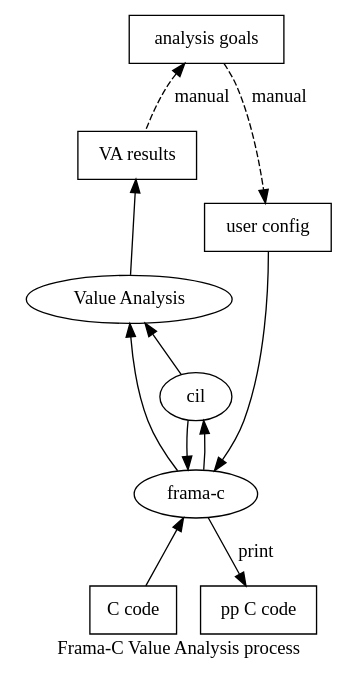
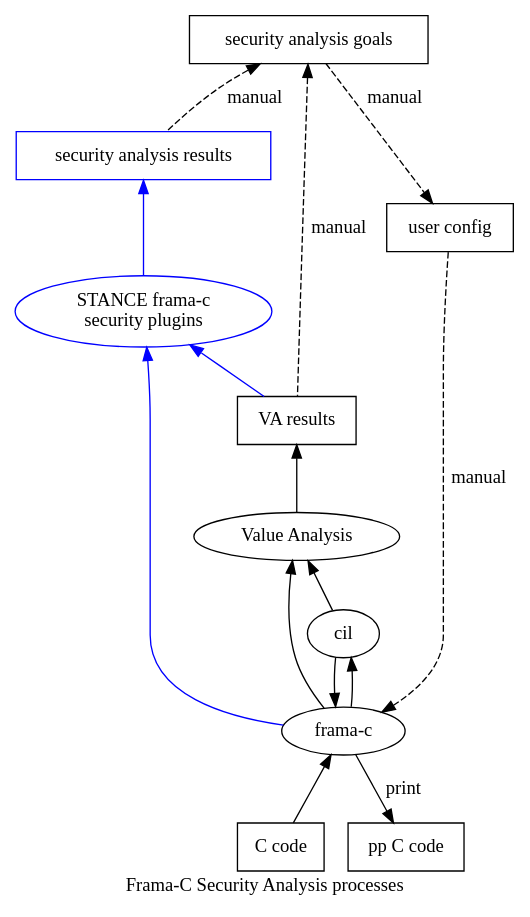
One commit to hbalp/callers changed the ninth of 9 diagrams in doc/callers.org. Above: the diagram before and after it, drawn with Graphviz. The commit also changed other lines of this file, not shown here.

Commit message:
Cleaned some dot graph definitions and completed Frama-C security analysis big picture.

```diff
--- a/doc/callers.org
+++ b/doc/callers.org
@@ -618,15 +660,15 @@
-    #+BEGIN_SRC dot :tangle analysis.frama-c.gen.dot
-digraph "Frama-C Value Analysis process"
+    #+BEGIN_SRC dot :tangle analysis.frama-c.security.gen.dot
+digraph "Frama-C Security Analysis processes"
 {
 // title
 labelloc="b"
-label="Frama-C Value Analysis process"
+label="Frama-C Security Analysis processes"
 
 // "scan-build" [ label="clang scan-build" ]
-// "scan-callers" [ label="STANCE scan-callers\nbash script", color=green ]
-// "cmake-callers" [ label="STANCE cmake-callers\nbash script", color=green ]
-// "scan-callers" -> "scan-build" [ label="extends", color=green ]
-// "scan-callers" -> "build commands" [ dir=back, color=green ]
+// "scan-callers" [ label="STANCE scan-callers\nbash script", color=blue ]
+// "cmake-callers" [ label="STANCE cmake-callers\nbash script", color=blue ]
+// "scan-callers" -> "scan-build" [ label="extends", color=blue ]
+// "scan-callers" -> "build commands" [ dir=back, color=blue ]
 
 // // user build
 // "user build" [ label="custom build\n(autoconf, cmake..)" ]
@@ -655,17 +697,17 @@
 // "cpp compiler" -> "object code"
 
 // // cmake build
-// "cmake-callers" -> "cmake build" [ color=green ]
+// "cmake-callers" -> "cmake build" [ color=blue ]
 // "compile_commands" [ label="compile_commands.json", shape=box ]
 // "cmake build" -> "cpp compiler"
 // "cmake build" -> "c compiler"
 // "cmake build" -> "compile_commands"
 
-// "cmake-callers" -> "compile_commands" [ dir=back, color=green ]
+// "cmake-callers" -> "compile_commands" [ dir=back, color=blue ]
 
 // // cmake callers analysis
-// "cmake-callers" -> "callers frontend" [ color=green ]
-// "cmake-callers" -> "callers++ frontend" [ color=green ]
+// "cmake-callers" -> "callers frontend" [ color=blue ]
+// "cmake-callers" -> "callers++ frontend" [ color=blue ]
 
 // // clang compilation
 // "clang object code" [ label="Clang/LLVM object code", shape="box" ]
@@ -710,33 +752,33 @@
 
 // // callers analysis
 // "metadata json file" [ label="Callers metadata\njson files" ]
-// "metadata json file" [ shape="box", color=green ]
+// "metadata json file" [ shape="box", color=blue ]
 
 // // callers C code analysis
-// "callers frontend" [ color=green, label="Callers frontend\n(C++)" ]
-// "callers frontend" -> "clang frontend" [ color=green ]
-// "callers frontend" -> "clang AST" [ dir=back, color=green ]
-// "callers frontend" -> "metadata json file" [ color=green ]
+// "callers frontend" [ color=blue, label="Callers frontend\n(C++)" ]
+// "callers frontend" -> "clang frontend" [ color=blue ]
+// "callers frontend" -> "clang AST" [ dir=back, color=blue ]
+// "callers frontend" -> "metadata json file" [ color=blue ]
 
 // // callers C++ code analysis
-// "callers++ frontend" [ color=green, label="Callers++ frontend\n(C++)" ]
-// "callers++ frontend" -> "clang++ frontend" [ color=green ]
-// "callers++ frontend" -> "clang AST" [ dir=back, color=green ]
-// "callers++ frontend" -> "metadata json file" [ color=green ]
+// "callers++ frontend" [ color=blue, label="Callers++ frontend\n(C++)" ]
+// "callers++ frontend" -> "clang++ frontend" [ color=blue ]
+// "callers++ frontend" -> "clang AST" [ dir=back, color=blue ]
+// "callers++ frontend" -> "metadata json file" [ color=blue ]
 
 // // callers backends
-// "analysis goals" [ label="analysis goals", shape=box, color=green ]
-// "user config" [ label="user analysis\nbash script", shape=box, color=green ]
-// "analysis goals" -> "user config" [ style=dashed, label=manual, color=green ]
-// "analysis goals" -> "function callgraphs" [ style=dashed, label="manual", dir=back, color=green ]
-// "function callgraphs" [ label="function callgraphs\n.dot files", shape=box, color=green ]
-// "callers backends" [ label="Callers backends\n(OCAML)", color="green" ]
-// "metadata json file" -> "callers backends" [ color=green ]
-// "user config" -> "callers backends" [ color=green ]
-// "callers backends" -> "function callgraphs" [ color=green ]
+// "analysis goals" [ label="analysis goals", shape=box, color=blue ]
+// "user config" [ label="user analysis\nbash script", shape=box, color=blue ]
+// "analysis goals" -> "user config" [ style=dashed, label=manual, color=blue ]
+// "analysis goals" -> "function callgraphs" [ style=dashed, label="manual", dir=back, color=blue ]
+// "function callgraphs" [ label="function callgraphs\n.dot files", shape=box, color=blue ]
+// "callers backends" [ label="Callers backends\n(OCAML)", color="blue" ]
+// "metadata json file" -> "callers backends" [ color=blue ]
+// "user config" -> "callers backends" [ color=blue ]
+// "callers backends" -> "function callgraphs" [ color=blue ]
 
 // // frama-c++
-// "scan-callers" -> "frama-c++" [ color=green ]
+// "scan-callers" -> "frama-c++" [ color=blue ]
 // "frama-c++" [ label="frama-c++", color=blue ]
 // "frama-c++" -> "clang++ frontend" [ color=blue ]
 // "frama-c++" -> "framaCIRGen" [ color=blue ]
@@ -744,7 +786,7 @@
 
 // // frama-clang analysis
 // //"scan-callers" -> "frama-clang"
-// "cmake-callers" -> "frama-clang" [ color=green ]
+// "cmake-callers" -> "frama-clang" [ color=blue ]
 // "frama-clang" [ label="frama-clang\n(OCAML)", color=blue ]
 // "framaCIRGen" [ label="framaCIRGen\n(C++)", color=blue ]
 // //"fir" [ label="Frama-C Intermediate\nRepresentation", shape=box ]
@@ -762,12 +804,12 @@
 // "cabs" -> "frama-c" [ color=blue ]
 // //"cabs" -> "frama-c" [ dir=back ]
 
-// // security analysis plugins
-// "scan-callers" -> "fc security plugins" [ color="blue" ]
-// "cmake-callers" -> "fc security plugins" [ color="blue" ]
-// "fc security plugins" [ label="STANCE frama-c\nsecurity plugins", color=blue ]
-// "fc security plugins" -> "VA" [ color=blue ]
-// "fc security plugins" -> "VA results" [ dir=back, color=blue ]
+// security analysis plugins
+"security analysis results" [ label="security analysis results" color=blue shape=box ]
+"fc security plugins" [ label="STANCE frama-c\nsecurity plugins", color=blue ]
+"fc security plugins" -> "frama-c" [ dir=back, color=blue ]
+"fc security plugins" -> "VA results" [ dir=back, color=blue ]
+"security analysis results" -> "fc security plugins" [ dir=back, color=blue ]
 
 // frama-c value analysis
 "VA results" [ shape=box ]
@@ -791,16 +833,17 @@
 //"frama-c" -> "c code" [ label="print" ]
 
 // user analysis goals & config
-"analysis goals" [ label="analysis goals", shape=box ]
+"analysis goals" [ label="security analysis goals", shape=box ]
 "user config" [ label="user config", shape=box ]
 "analysis goals" -> "user config" [ style=dashed, label=manual ]
-"user config" -> "frama-c"
+"user config" -> "frama-c" [ style=dashed, label=manual ]
+"analysis goals" -> "security analysis results" [ style=dashed, label="manual", dir=back ]
 "analysis goals" -> "VA results" [ style=dashed, label="manual", dir=back ]
 
 }
 
 // Local Variables:
-// compile-command: "dot -Tpng analysis.frama-c.gen.dot > analysis.frama-c.gen.png"
+// compile-command: "dot -Tpng analysis.frama-c.security.gen.dot > analysis.frama-c.security.gen.png"
 // End:
  
    #+END_SRC
```
